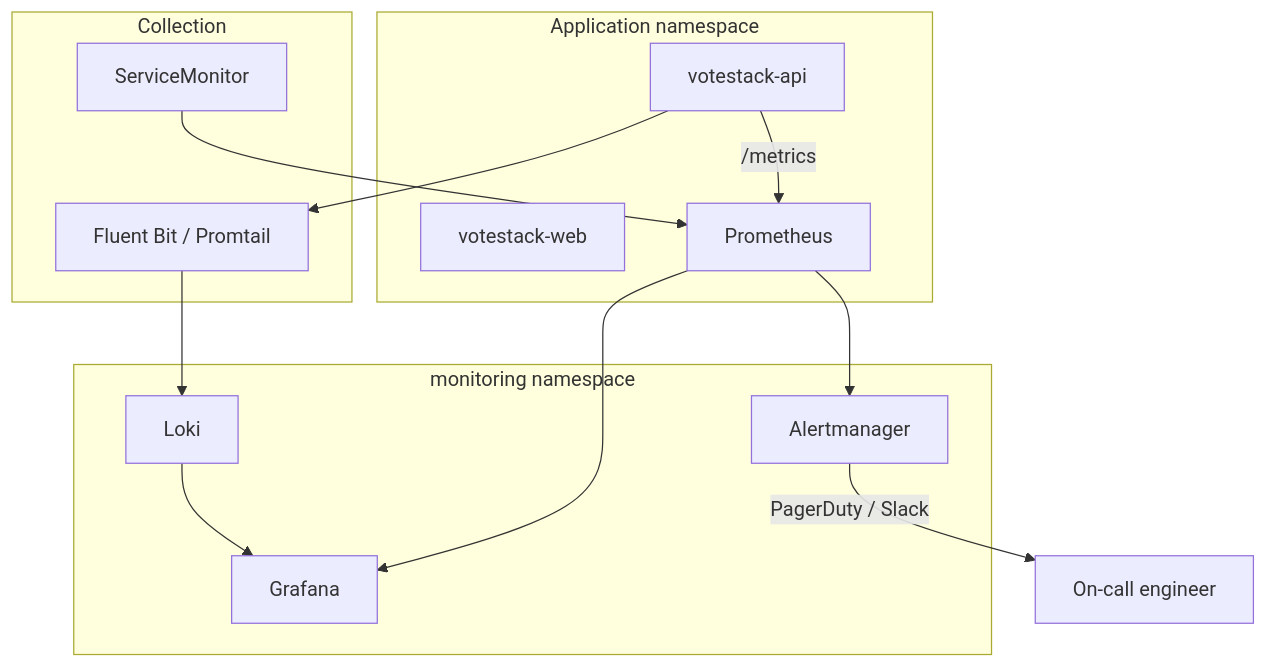
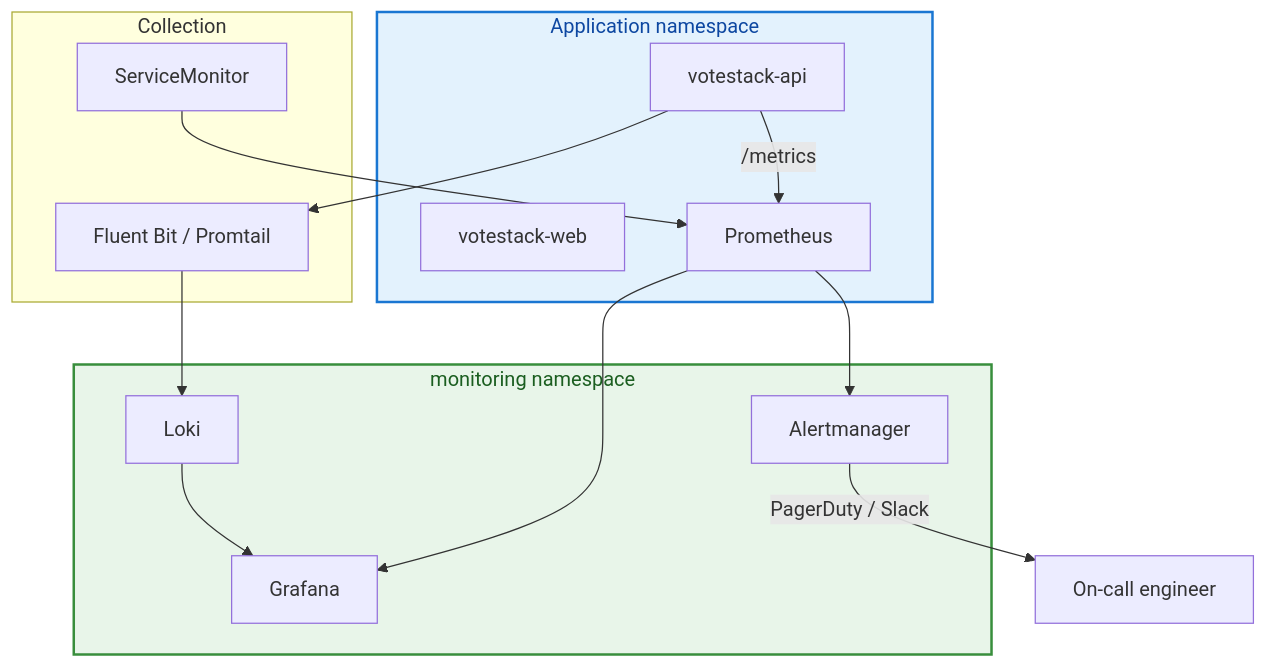
The diagram in docs/kubernetes/monitoring-and-logging-in-kubernetes.md (rebash-rebash/rebash-academy), drawn with Mermaid before and after one commit. The commit also changed 66 other files, not shown here.

First line of the commit message:
Render Mermaid diagrams as build-time SVGs and fix Learning Paths nav.

````diff
--- a/docs/kubernetes/monitoring-and-logging-in-kubernetes.md
+++ b/docs/kubernetes/monitoring-and-logging-in-kubernetes.md
@@ -53,28 +53,30 @@
 ```mermaid
 flowchart TB
     subgraph Apps["Application namespace"]
         API[votestack-api]
         WEB[votestack-web]
         API -->|/metrics| PROM
     end
 
     subgraph Observability["monitoring namespace"]
         PROM[Prometheus]
         AM[Alertmanager]
         GRAF[Grafana]
         LOKI[Loki]
         PROM --> AM
         PROM --> GRAF
         LOKI --> GRAF
     end
 
     subgraph Collection
         SM[ServiceMonitor]
         FB["Fluent Bit / Promtail"]
     end
 
     SM --> PROM
     API --> FB
     FB --> LOKI
     AM -->|PagerDuty / Slack| ONCALL[On-call engineer]
+    style Apps fill:#e3f2fd,stroke:#1976d2,stroke-width:2px,color:#0d47a1
+    style Observability fill:#e8f5e9,stroke:#388e3c,stroke-width:2px,color:#1b5e20
 ```
````
